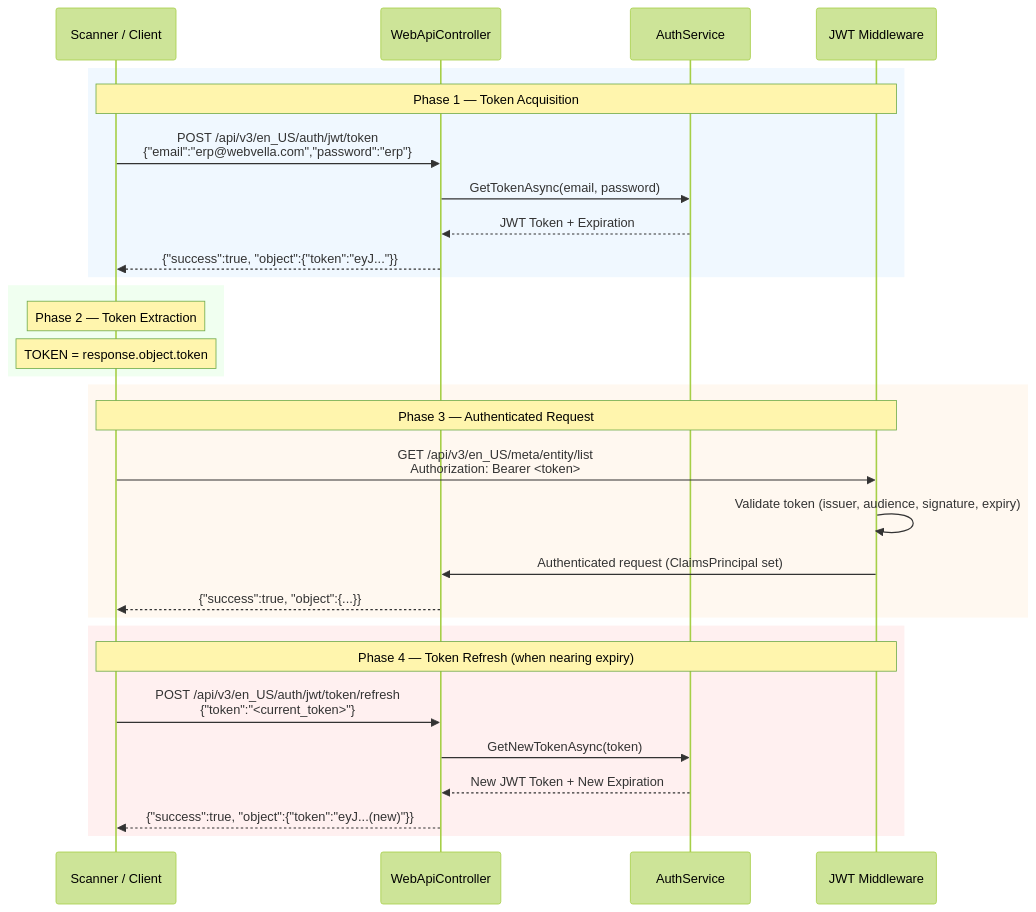
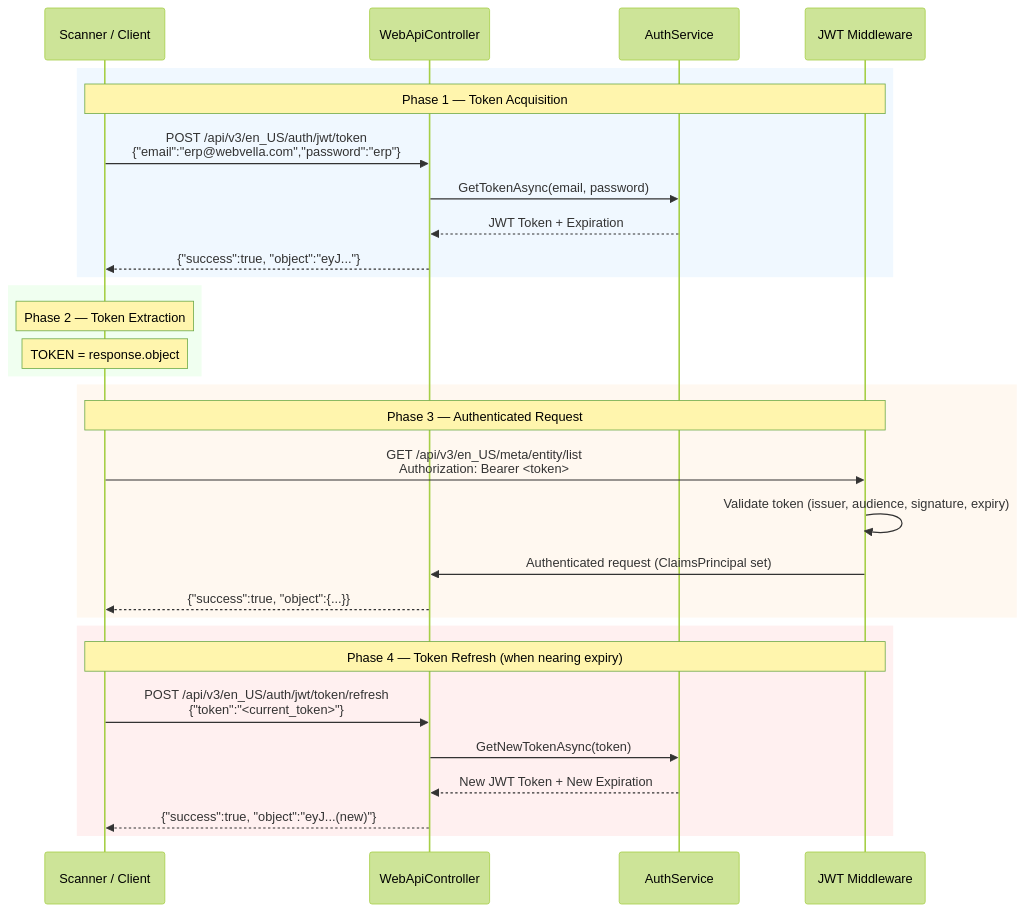
The diagram in docs/security/authentication.md (blitzy-public-samples/blitzy-WebVella-ERP), drawn with Mermaid (forest theme) before and after one commit. The commit also changed other lines of this file and 6 other files, not shown here.

````diff
--- a/docs/security/authentication.md
+++ b/docs/security/authentication.md
@@ -360,36 +361,36 @@
 ```mermaid
 sequenceDiagram
     participant Client as Scanner / Client
     participant API as WebApiController
     participant Auth as AuthService
     participant JWT as JWT Middleware
 
     rect rgb(240, 248, 255)
     Note over Client,JWT: Phase 1 — Token Acquisition
     Client->>API: POST /api/v3/en_US/auth/jwt/token<br/>{"email":"erp@webvella.com","password":"erp"}
     API->>Auth: GetTokenAsync(email, password)
     Auth-->>API: JWT Token + Expiration
-    API-->>Client: {"success":true, "object":{"token":"eyJ..."}}
+    API-->>Client: {"success":true, "object":"eyJ..."}
     end
 
     rect rgb(240, 255, 240)
     Note over Client: Phase 2 — Token Extraction
-    Note over Client: TOKEN = response.object.token
+    Note over Client: TOKEN = response.object
     end
 
     rect rgb(255, 248, 240)
     Note over Client,JWT: Phase 3 — Authenticated Request
     Client->>JWT: GET /api/v3/en_US/meta/entity/list<br/>Authorization: Bearer <token>
     JWT->>JWT: Validate token (issuer, audience, signature, expiry)
     JWT->>API: Authenticated request (ClaimsPrincipal set)
     API-->>Client: {"success":true, "object":{...}}
     end
 
     rect rgb(255, 240, 240)
     Note over Client,JWT: Phase 4 — Token Refresh (when nearing expiry)
     Client->>API: POST /api/v3/en_US/auth/jwt/token/refresh<br/>{"token":"<current_token>"}
     API->>Auth: GetNewTokenAsync(token)
     Auth-->>API: New JWT Token + New Expiration
-    API-->>Client: {"success":true, "object":{"token":"eyJ...(new)"}}
+    API-->>Client: {"success":true, "object":"eyJ...(new)"}
     end
 ```
````
